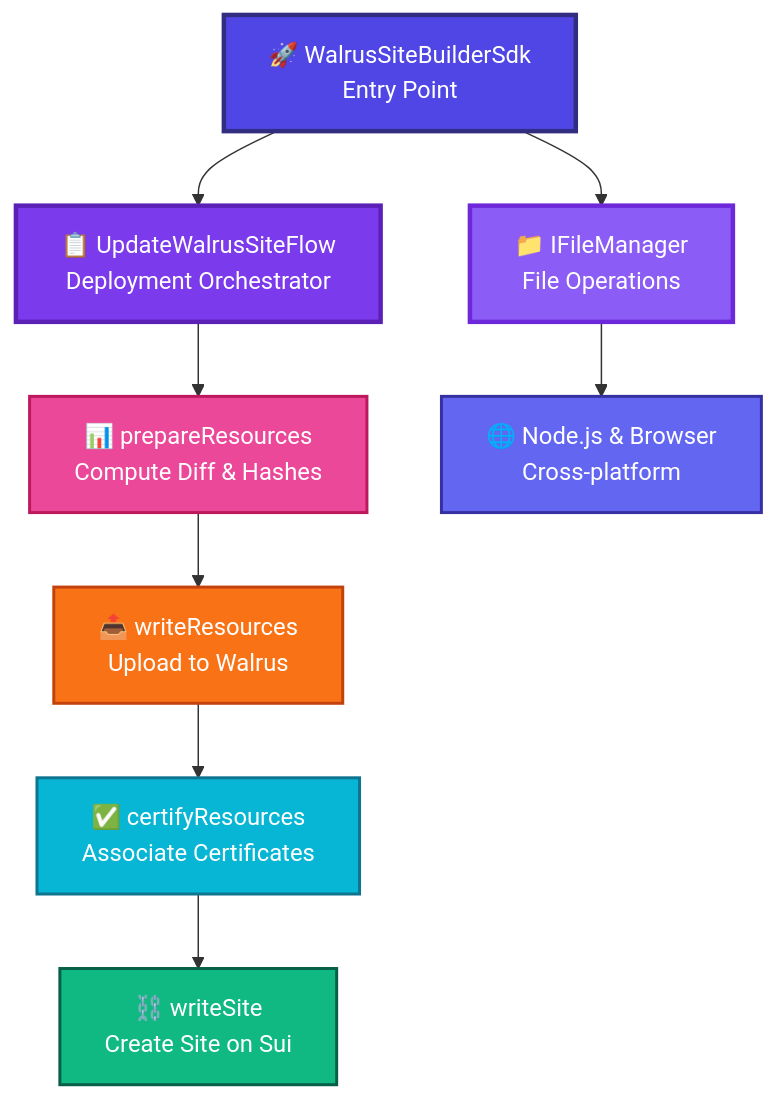
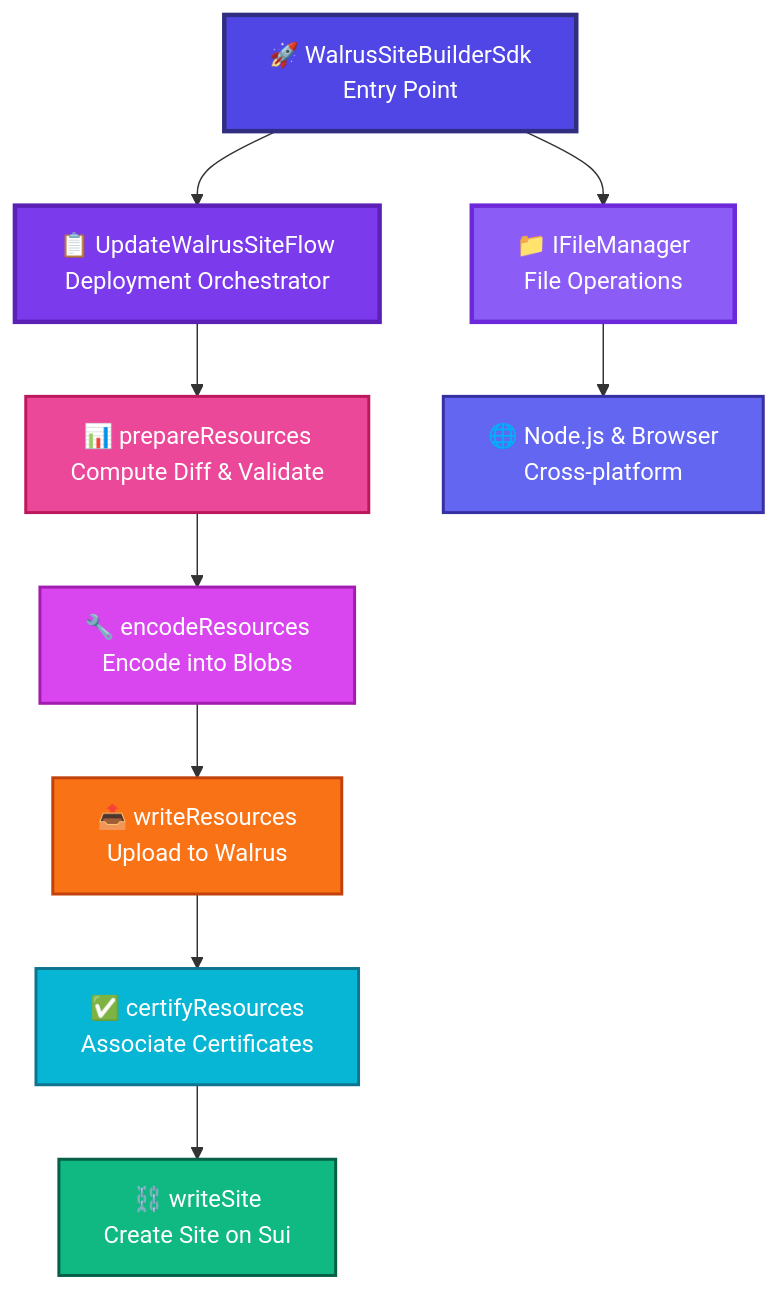
One commit to CommandOSSLabs/ts-sdks changed the diagram in packages/site-builder/README.md. Above: the diagram before and after it, drawn with Mermaid. The commit also changed other lines of this file and 8 other files, not shown here.

Commit message:
✨ feat: update deployment flow to include encoding step and adjust related documentation

````diff
--- a/packages/site-builder/README.md
+++ b/packages/site-builder/README.md
@@ -60,19 +60,21 @@
 ```mermaid
 graph TD
     A["🚀 WalrusSiteBuilderSdk<br/>Entry Point"] --> B["📋 UpdateWalrusSiteFlow<br/>Deployment Orchestrator"]
-    B --> C["📊 prepareResources<br/>Compute Diff & Hashes"]
-    C --> D["📤 writeResources<br/>Upload to Walrus"]
+    B --> C["📊 prepareResources<br/>Compute Diff & Validate"]
+    C --> C2["🔧 encodeResources<br/>Encode into Blobs"]
+    C2 --> D["📤 writeResources<br/>Upload to Walrus"]
     D --> E["✅ certifyResources<br/>Associate Certificates"]
     E --> F["⛓️ writeSite<br/>Create Site on Sui"]
     A --> G["📁 IFileManager<br/>File Operations"]
     G --> H["🌐 Node.js & Browser<br/>Cross-platform"]
     
     style A fill:#4F46E5,stroke:#312E81,color:#fff,stroke-width:3px
     style B fill:#7C3AED,stroke:#5B21B6,color:#fff,stroke-width:3px
     style C fill:#EC4899,stroke:#BE185D,color:#fff,stroke-width:2px
+    style C2 fill:#D946EF,stroke:#A21CAF,color:#fff,stroke-width:2px
     style D fill:#F97316,stroke:#C2410C,color:#fff,stroke-width:2px
     style E fill:#06B6D4,stroke:#0E7490,color:#fff,stroke-width:2px
     style F fill:#10B981,stroke:#065F46,color:#fff,stroke-width:2px
     style G fill:#8B5CF6,stroke:#6D28D9,color:#fff,stroke-width:3px
     style H fill:#6366F1,stroke:#3730A3,color:#fff,stroke-width:2px
 ```
````
